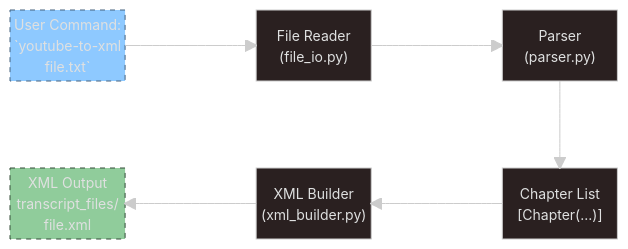
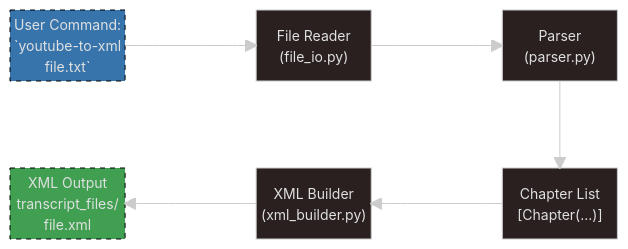
Before and after one commit to michellepace/markdown-pretty-app: the fifth of 5 diagrams in test-mermaid.md, drawn with Mermaid.

````diff
--- a/test-mermaid.md
+++ b/test-mermaid.md
@@ -113,18 +113,19 @@
 ```mermaid
 ---
 config:
   theme: neo-dark
 ---
 block-beta
     columns 5
     CLI["User Command:\n`youtube-to-xml\nfile.txt`"] space FILEREADER["File Reader\n(file_io.py)"] space PARSER["Parser\n(parser.py)"]
     space space space space space
     XMLOUTPUT["XML Output\ntranscript_files/\nfile.xml"] space XMLBUILDER["XML Builder\n(xml_builder.py)"] space CHAPTERLIST["Chapter List\n[Chapter(...)]"]
     CLI --> FILEREADER
     FILEREADER --> PARSER
     PARSER --> CHAPTERLIST
     CHAPTERLIST --> XMLBUILDER
     XMLBUILDER --> XMLOUTPUT
-    style CLI color:#fff,fill:#8ec9ff,stroke:#46637e,stroke-dasharray: 5 5
-    style XMLOUTPUT color:#fff,fill:#90cc9b,stroke:#354c39,stroke-dasharray: 5 5
+
+    style CLI color:#fff,fill:#3874ac,stroke:#000,stroke-dasharray: 5 5
+    style XMLOUTPUT color:#fff,fill:#419f52,stroke:#000,stroke-dasharray: 5 5
 ```
````
